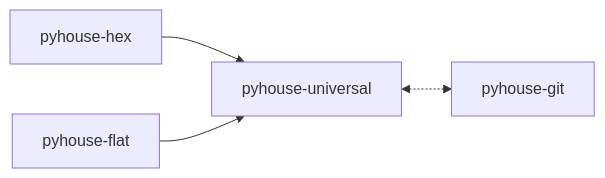
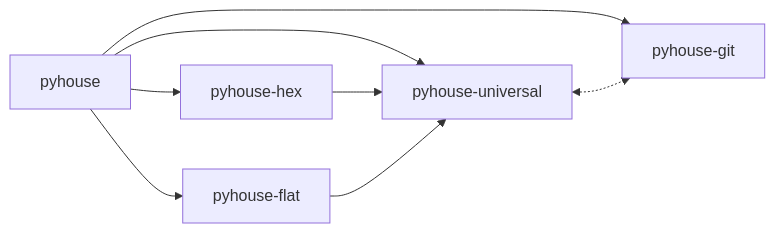
One commit to wntic/pyhouse changed the diagram in README.md. Above: the diagram before and after it, drawn with Mermaid. The commit also changed other lines of this file and 10 other files, not shown here.

````diff
--- a/README.md
+++ b/README.md
@@ -32,6 +30,10 @@
 ```mermaid
 flowchart LR
-    hex["pyhouse-hex"] --> universal["pyhouse-universal"]
-    flat["pyhouse-flat"] --> universal
-    universal <-.-> git["pyhouse-git"]
+    pyhouse["pyhouse"] --> universal["pyhouse-universal"]
+    pyhouse --> hex["pyhouse-hex"]
+    pyhouse --> flat["pyhouse-flat"]
+    pyhouse --> git["pyhouse-git"]
+    hex --> universal
+    flat --> universal
+    universal <-.-> git
 ```
````
